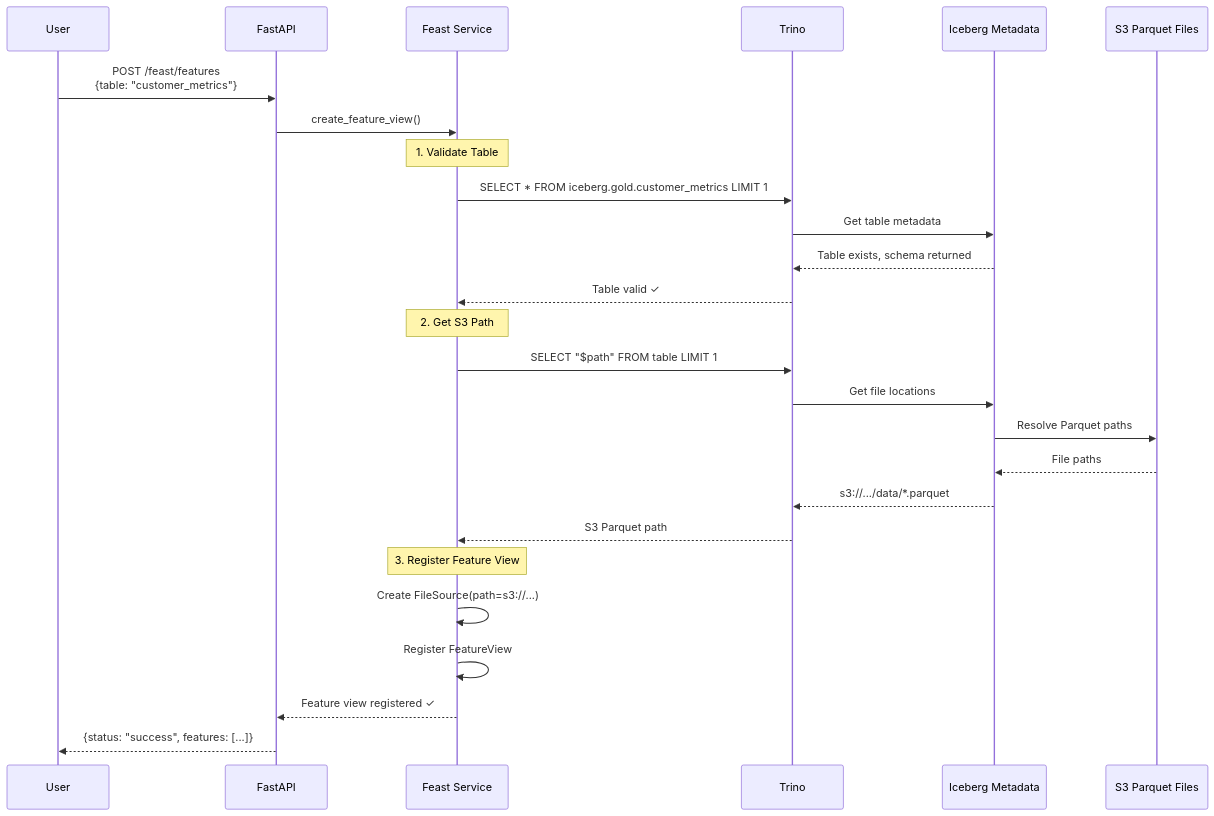
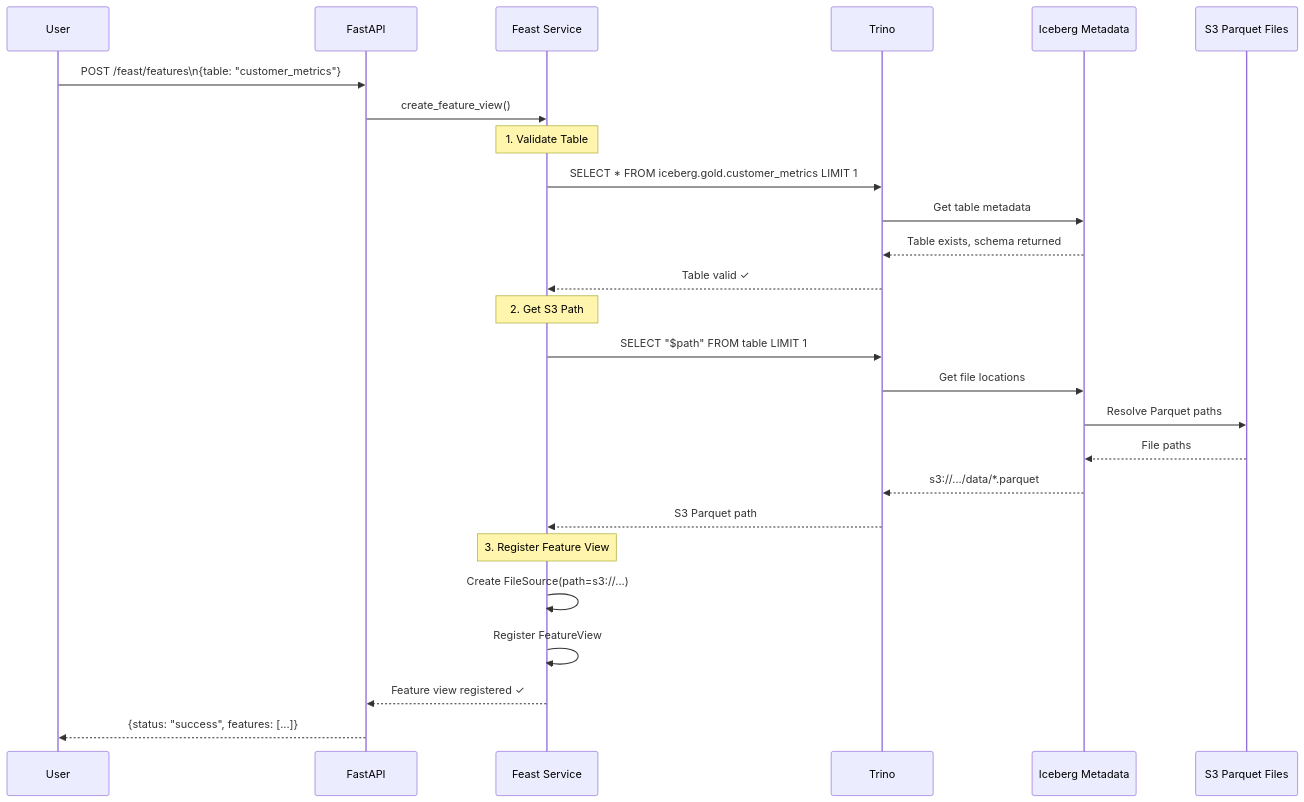
The sixth of 13 diagrams in docs/COMPLETE_ARCHITECTURE.md (snowcell-cloud/asgard), drawn with Mermaid before and after one commit. The commit also changed other lines of this file, not shown here.

Commit message:
fix: Update architecture diagrams for improved clarity and consistency

````diff
--- a/docs/COMPLETE_ARCHITECTURE.md
+++ b/docs/COMPLETE_ARCHITECTURE.md
@@ -906,33 +929,33 @@
 ```mermaid
 sequenceDiagram
     participant User
     participant API as FastAPI
     participant Feast as Feast Service
     participant Trino as Trino
     participant Iceberg as Iceberg Metadata
     participant S3 as S3 Parquet Files
 
-    User->>API: POST /feast/features<br/>{table: "customer_metrics"}
+    User->>API: POST /feast/features\n{table: "customer_metrics"}
     API->>Feast: create_feature_view()
 
     Note over Feast: 1. Validate Table
     Feast->>Trino: SELECT * FROM iceberg.gold.customer_metrics LIMIT 1
     Trino->>Iceberg: Get table metadata
     Iceberg-->>Trino: Table exists, schema returned
     Trino-->>Feast: Table valid ✓
 
     Note over Feast: 2. Get S3 Path
     Feast->>Trino: SELECT "$path" FROM table LIMIT 1
     Trino->>Iceberg: Get file locations
     Iceberg->>S3: Resolve Parquet paths
     S3-->>Iceberg: File paths
     Iceberg-->>Trino: s3://.../data/*.parquet
     Trino-->>Feast: S3 Parquet path
 
     Note over Feast: 3. Register Feature View
     Feast->>Feast: Create FileSource(path=s3://...)
     Feast->>Feast: Register FeatureView
 
     Feast-->>API: Feature view registered ✓
     API-->>User: {status: "success", features: [...]}
 ```
````
